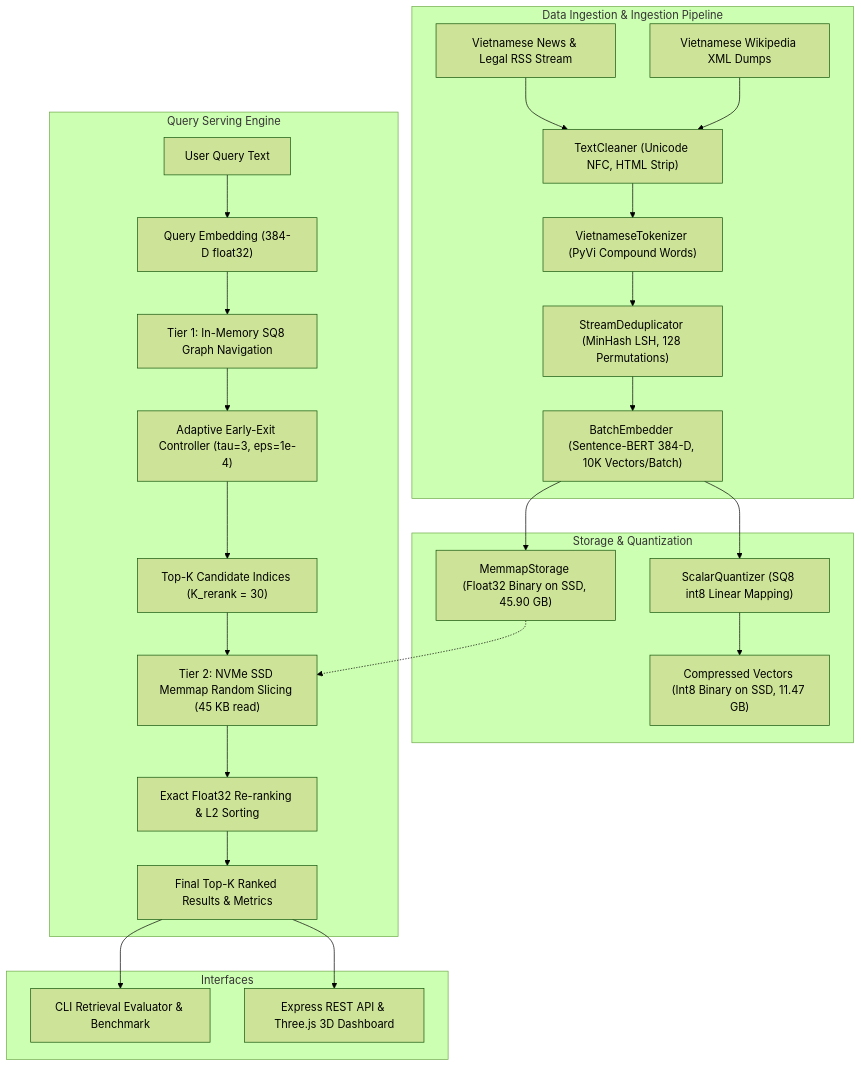
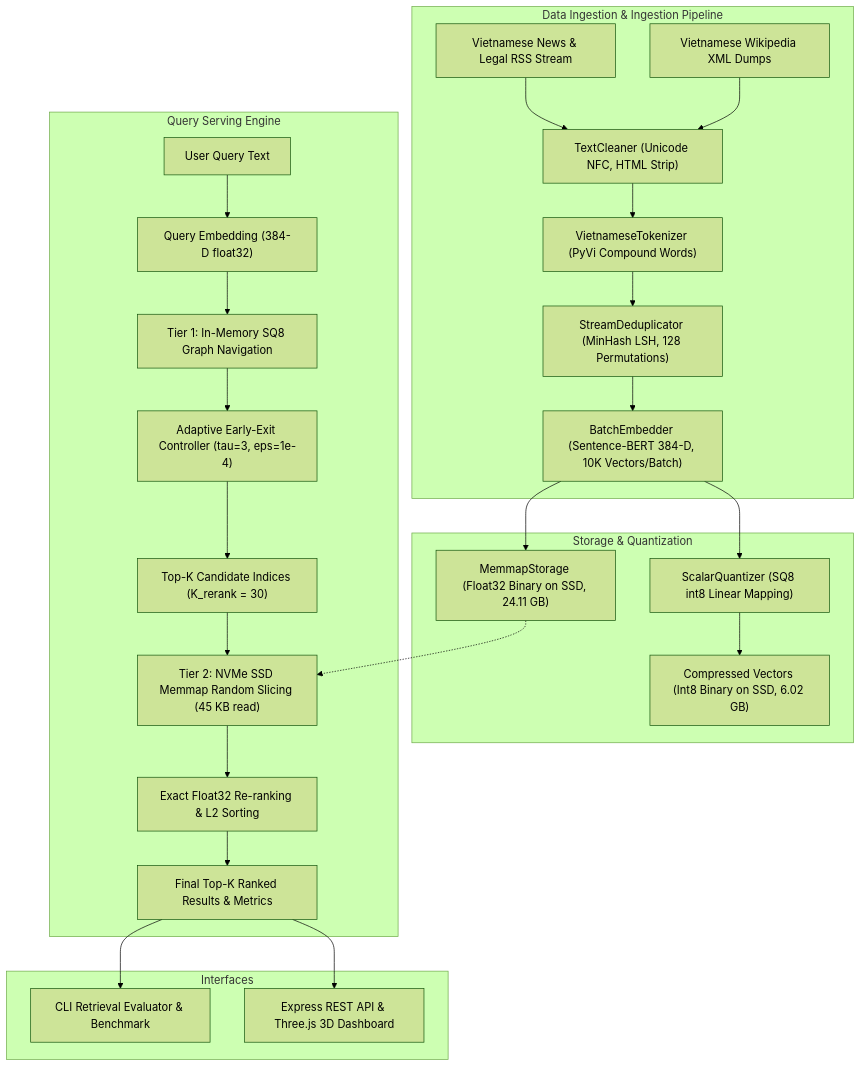
The diagram in README.md (rootkind35-del/HNSW-Combined-Quantization), drawn with Mermaid (forest theme) before and after one commit. The commit also changed other lines of this file and 265 other files, not shown here.

````diff
--- a/README.md
+++ b/README.md
@@ -62,32 +62,32 @@
 ```mermaid
 flowchart TD
     subgraph S1["Data Ingestion & Ingestion Pipeline"]
         D1["Vietnamese News & Legal RSS Stream"] --> P1["TextCleaner (Unicode NFC, HTML Strip)"]
         D2["Vietnamese Wikipedia XML Dumps"] --> P1
         P1 --> P2["VietnameseTokenizer (PyVi Compound Words)"]
         P2 --> P3["StreamDeduplicator (MinHash LSH, 128 Permutations)"]
         P3 --> P4["BatchEmbedder (Sentence-BERT 384-D, 10K Vectors/Batch)"]
     end
 
     subgraph S2["Storage & Quantization"]
         P4 --> Q1["ScalarQuantizer (SQ8 int8 Linear Mapping)"]
-        P4 --> M1["MemmapStorage (Float32 Binary on SSD, 45.90 GB)"]
-        Q1 --> M2["Compressed Vectors (Int8 Binary on SSD, 11.47 GB)"]
+        P4 --> M1["MemmapStorage (Float32 Binary on SSD, 24.11 GB)"]
+        Q1 --> M2["Compressed Vectors (Int8 Binary on SSD, 6.02 GB)"]
     end
 
     subgraph S3["Query Serving Engine"]
         Q["User Query Text"] --> QE["Query Embedding (384-D float32)"]
         QE --> T1["Tier 1: In-Memory SQ8 Graph Navigation"]
         T1 --> EE["Adaptive Early-Exit Controller (tau=3, eps=1e-4)"]
         EE --> CAND["Top-K Candidate Indices (K_rerank = 30)"]
         CAND --> T2["Tier 2: NVMe SSD Memmap Random Slicing (45 KB read)"]
         M1 -.-> T2
         T2 --> RR["Exact Float32 Re-ranking & L2 Sorting"]
         RR --> RES["Final Top-K Ranked Results & Metrics"]
     end
 
     subgraph S4["Interfaces"]
         RES --> CLI["CLI Retrieval Evaluator & Benchmark"]
         RES --> WEB["Express REST API & Three.js 3D Dashboard"]
     end
 ```
````
